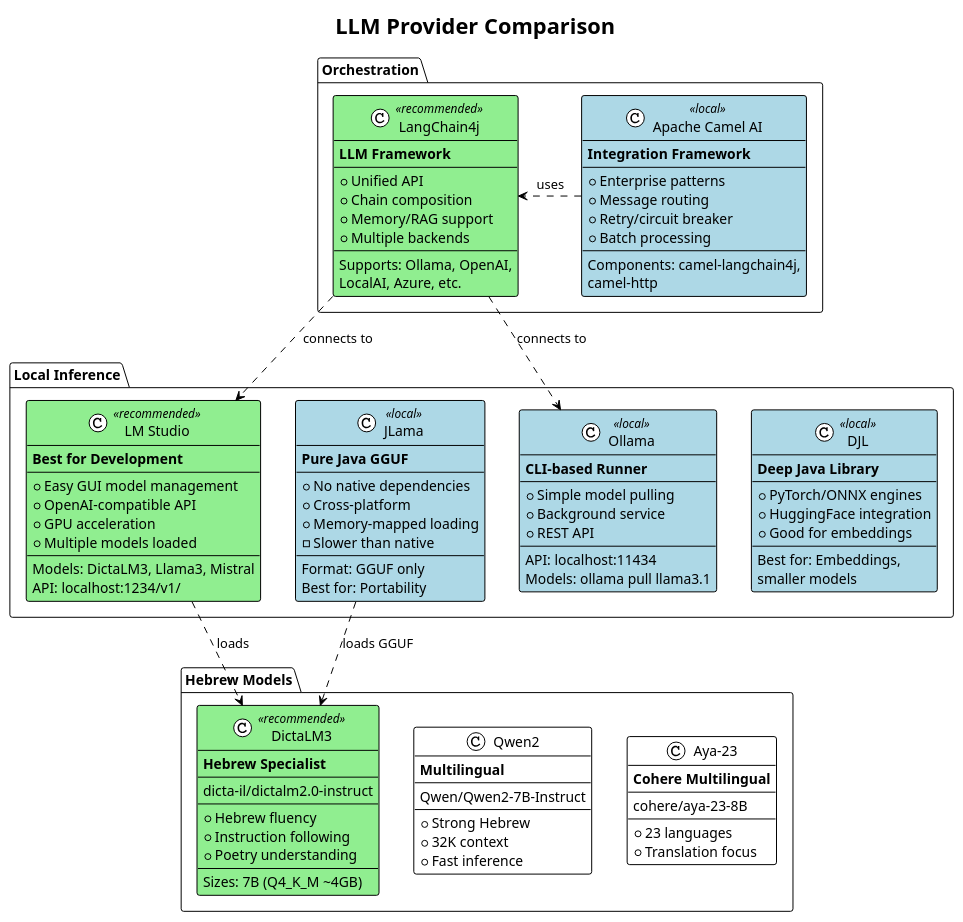
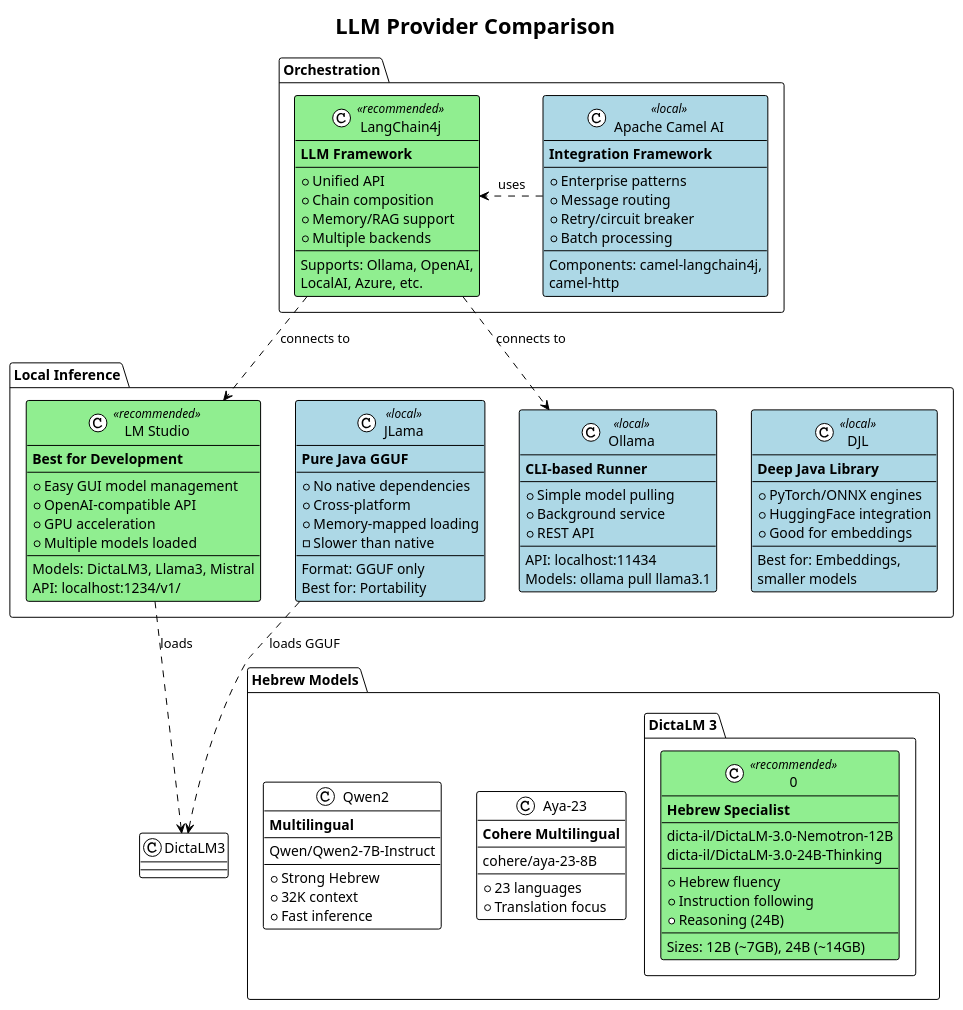
The diagram in docs/diagrams/llm-providers-comparison.puml (CLK-AL/hackerskeyboard), drawn with PlantUML before and after one commit. The commit also changed 2 other files, not shown here.

Commit message:
Fix DictaLM version to 3.0 (not 2.0)
Update model references to DictaLM 3.0:
- DictaLM-3.0-Nemotron-12B-Instruct-GGUF (12B)
- DictaLM-3.0-24B-Thinking-GGUF (24B reasoning)

https://claude.ai/code/session_01GFeW5gDoSVcZsPVz4j99HE

```diff
--- a/docs/diagrams/llm-providers-comparison.puml
+++ b/docs/diagrams/llm-providers-comparison.puml
@@ -1,135 +1,136 @@
 @startuml llm-providers-comparison
 !theme plain
 title LLM Provider Comparison
 
 skinparam class {
     BackgroundColor<<recommended>> LightGreen
     BackgroundColor<<local>> LightBlue
     BackgroundColor<<cloud>> LightYellow
 }
 
 package "Local Inference" {
     class "LM Studio" <<recommended>> {
         **Best for Development**
         --
         + Easy GUI model management
         + OpenAI-compatible API
         + GPU acceleration
         + Multiple models loaded
         --
         Models: DictaLM3, Llama3, Mistral
         API: localhost:1234/v1/
     }
 
     class "JLama" <<local>> {
         **Pure Java GGUF**
         --
         + No native dependencies
         + Cross-platform
         + Memory-mapped loading
         - Slower than native
         --
         Format: GGUF only
         Best for: Portability
     }
 
     class "Ollama" <<local>> {
         **CLI-based Runner**
         --
         + Simple model pulling
         + Background service
         + REST API
         --
         API: localhost:11434
         Models: ollama pull llama3.1
     }
 
     class "DJL" <<local>> {
         **Deep Java Library**
         --
         + PyTorch/ONNX engines
         + HuggingFace integration
         + Good for embeddings
         --
         Best for: Embeddings,
         smaller models
     }
 }
 
 package "Orchestration" {
     class "LangChain4j" <<recommended>> {
         **LLM Framework**
         --
         + Unified API
         + Chain composition
         + Memory/RAG support
         + Multiple backends
         --
         Supports: Ollama, OpenAI,
         LocalAI, Azure, etc.
     }
 
     class "Apache Camel AI" <<local>> {
         **Integration Framework**
         --
         + Enterprise patterns
         + Message routing
         + Retry/circuit breaker
         + Batch processing
         --
         Components: camel-langchain4j,
         camel-http
     }
 }
 
 package "Hebrew Models" {
-    class "DictaLM3" <<recommended>> {
+    class "DictaLM 3.0" <<recommended>> {
         **Hebrew Specialist**
         --
-        dicta-il/dictalm2.0-instruct
+        dicta-il/DictaLM-3.0-Nemotron-12B
+        dicta-il/DictaLM-3.0-24B-Thinking
         --
         + Hebrew fluency
         + Instruction following
-        + Poetry understanding
+        + Reasoning (24B)
         --
-        Sizes: 7B (Q4_K_M ~4GB)
+        Sizes: 12B (~7GB), 24B (~14GB)
     }
 
     class "Qwen2" {
         **Multilingual**
         --
         Qwen/Qwen2-7B-Instruct
         --
         + Strong Hebrew
         + 32K context
         + Fast inference
     }
 
     class "Aya-23" {
         **Cohere Multilingual**
         --
         cohere/aya-23-8B
         --
         + 23 languages
         + Translation focus
     }
 }
 
 ' Layout hints
 "LM Studio" -[hidden]right-> "JLama"
 "JLama" -[hidden]right-> "Ollama"
 "Ollama" -[hidden]right-> "DJL"
 
 "LangChain4j" -[hidden]right-> "Apache Camel AI"
 
 "DictaLM3" -[hidden]right-> "Qwen2"
 "Qwen2" -[hidden]right-> "Aya-23"
 
 ' Relationships
 "LangChain4j" ..> "LM Studio" : connects to
 "LangChain4j" ..> "Ollama" : connects to
 "Apache Camel AI" ..> "LangChain4j" : uses
 "LM Studio" ..> "DictaLM3" : loads
 "JLama" ..> "DictaLM3" : loads GGUF
 
 @enduml
```
